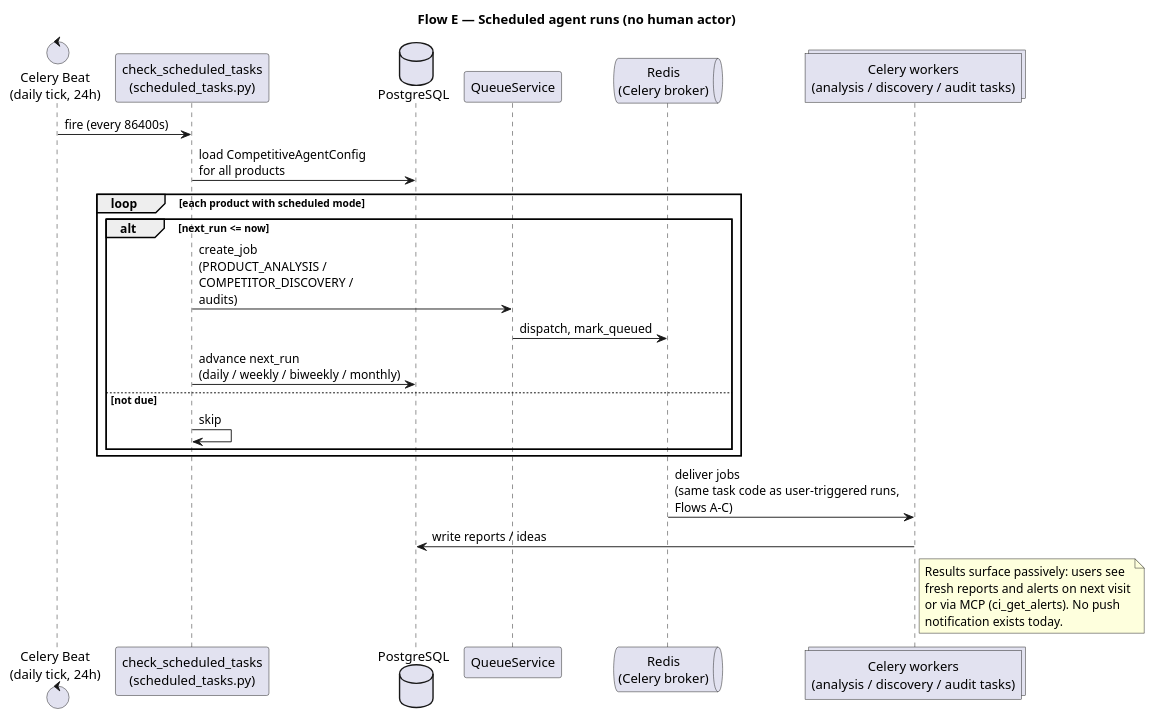
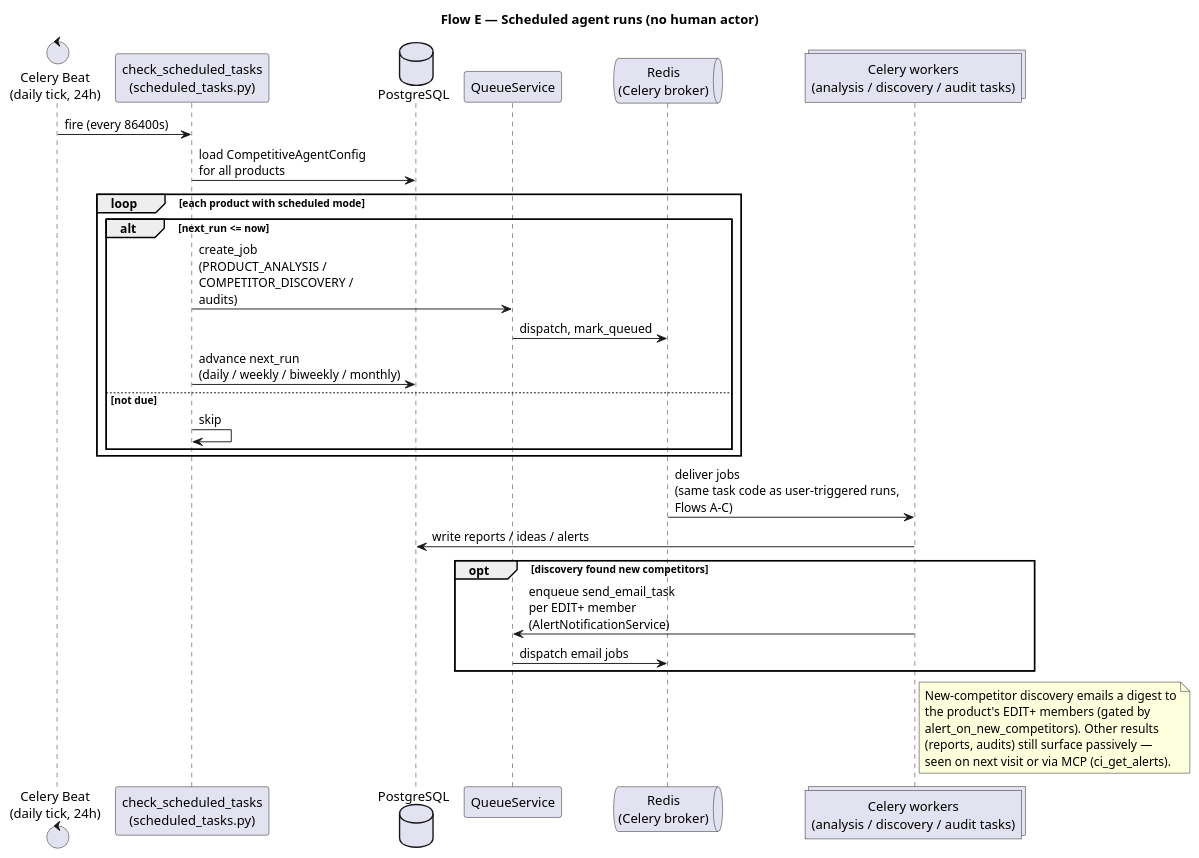
One commit to aglambert1/feature-voting-system changed the fifth of 5 diagrams in docs/getting-started/sequence-diagrams.puml. Above: the diagram before and after it, drawn with PlantUML.

Commit message:
Update Flow E diagram: scheduled discovery now emails alert digests (#106)
PR #103 added competitor-alert emails, but the Flow E sequence diagram
still said "No push notification exists today." Add the email-dispatch
step (send_email_task per EDIT+ member via AlertNotificationService,
gated by alert_on_new_competitors) and correct the note — only reports/
audits still surface passively.

```diff
--- a/docs/getting-started/sequence-diagrams.puml
+++ b/docs/getting-started/sequence-diagrams.puml
@@ -222,32 +222,37 @@
 @startuml scheduled-agents
 title Flow E — Scheduled agent runs (no human actor)
 
 control "Celery Beat\n(daily tick, 24h)" as Beat
 participant "check_scheduled_tasks\n(scheduled_tasks.py)" as Check
 database "PostgreSQL" as DB
 participant "QueueService" as QS
 queue "Redis\n(Celery broker)" as Redis
 collections "Celery workers\n(analysis / discovery / audit tasks)" as Workers
 
 Beat -> Check : fire (every 86400s)
 Check -> DB : load CompetitiveAgentConfig\nfor all products
 
 loop each product with scheduled mode
   alt next_run <= now
     Check -> QS : create_job\n(PRODUCT_ANALYSIS /\nCOMPETITOR_DISCOVERY /\naudits)
     QS -> Redis : dispatch, mark_queued
     Check -> DB : advance next_run\n(daily / weekly / biweekly / monthly)
   else not due
     Check -> Check : skip
   end
 end
 
 Redis -> Workers : deliver jobs\n(same task code as user-triggered runs,\nFlows A-C)
-Workers -> DB : write reports / ideas
+Workers -> DB : write reports / ideas / alerts
+opt discovery found new competitors
+  Workers -> QS : enqueue send_email_task\nper EDIT+ member\n(AlertNotificationService)
+  QS -> Redis : dispatch email jobs
+end
 note right of Workers
-  Results surface passively: users see
-  fresh reports and alerts on next visit
-  or via MCP (ci_get_alerts). No push
-  notification exists today.
+  New-competitor discovery emails a digest to
+  the product's EDIT+ members (gated by
+  alert_on_new_competitors). Other results
+  (reports, audits) still surface passively —
+  seen on next visit or via MCP (ci_get_alerts).
 end note
 @enduml
```
